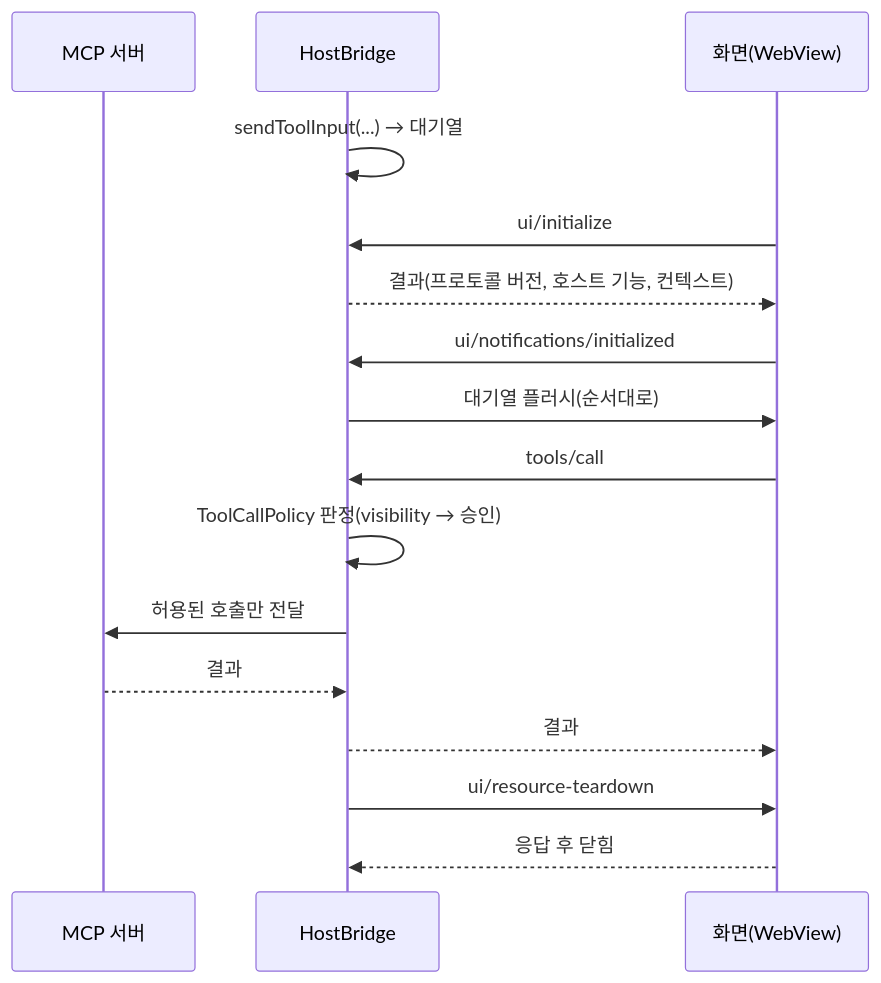
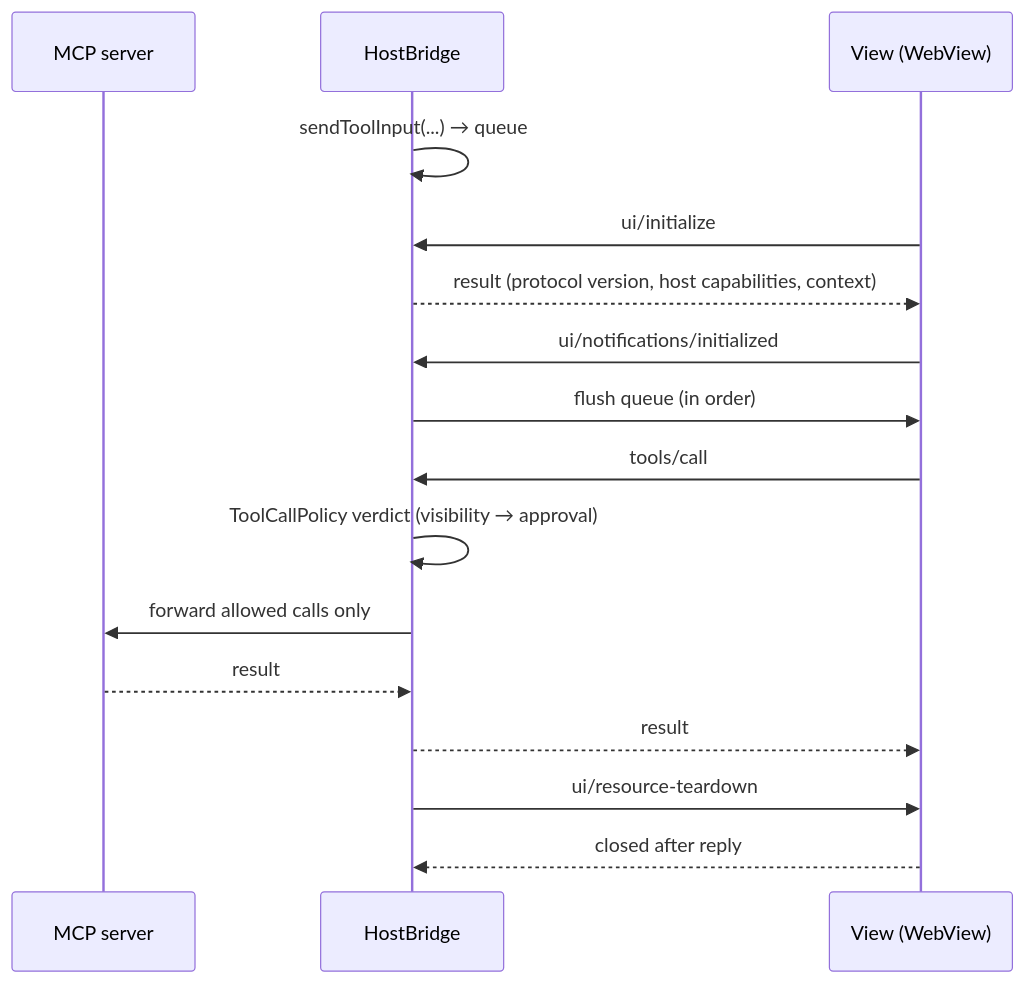
Before and after one commit to LeeGyeongPil/mcp-apps-host-dart: the diagram in README.md, drawn with Mermaid. The commit also changed other lines of this file and 1 other file, not shown here.

````diff
--- a/README.md
+++ b/README.md
@@ -132,18 +132,18 @@
 ```mermaid
 sequenceDiagram
-    participant S as MCP 서버
+    participant S as MCP server
     participant H as HostBridge
-    participant V as 화면(WebView)
-    H->>H: sendToolInput(...) → 대기열
+    participant V as View (WebView)
+    H->>H: sendToolInput(...) → queue
     V->>H: ui/initialize
-    H-->>V: 결과(프로토콜 버전, 호스트 기능, 컨텍스트)
+    H-->>V: result (protocol version, host capabilities, context)
     V->>H: ui/notifications/initialized
-    H->>V: 대기열 플러시(순서대로)
+    H->>V: flush queue (in order)
     V->>H: tools/call
-    H->>H: ToolCallPolicy 판정(visibility → 승인)
-    H->>S: 허용된 호출만 전달
-    S-->>H: 결과
-    H-->>V: 결과
+    H->>H: ToolCallPolicy verdict (visibility → approval)
+    H->>S: forward allowed calls only
+    S-->>H: result
+    H-->>V: result
     H->>V: ui/resource-teardown
-    V-->>H: 응답 후 닫힘
+    V-->>H: closed after reply
 ```
````
